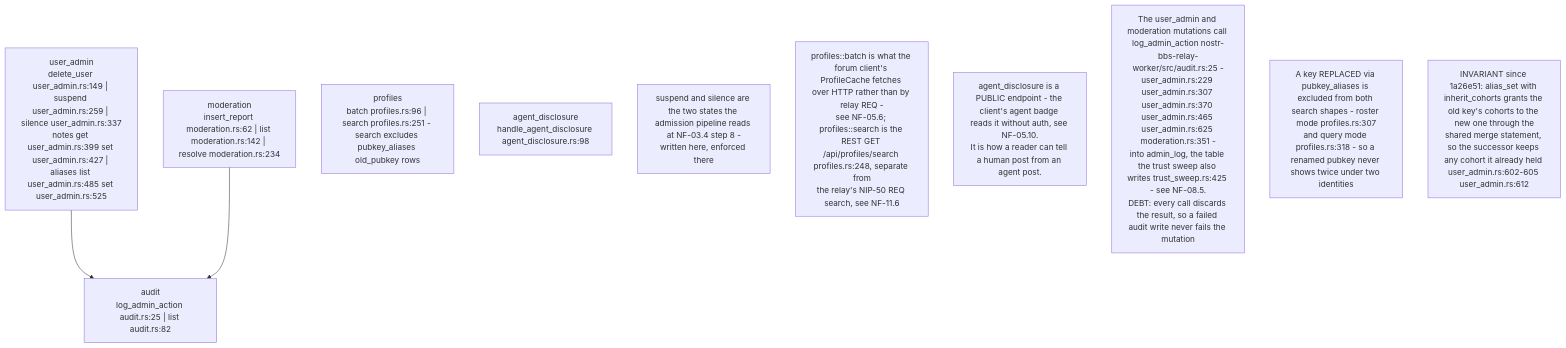
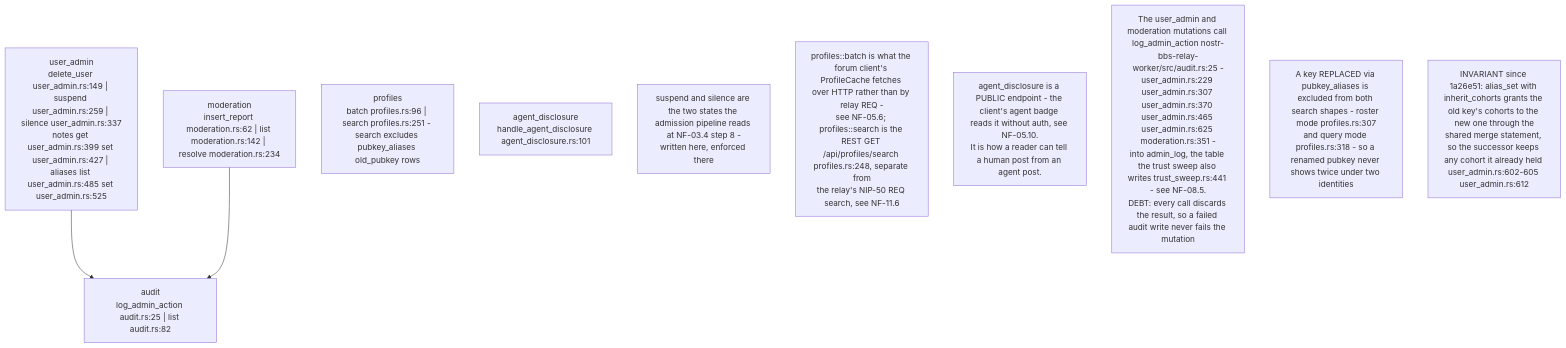
Diagram 14 of 16 in docs/diagrams/nostr-rust-forum/11-relay-durable-object-internals.md (DreamLab-AI/VisionFlow), drawn with Mermaid before and after one commit. The commit also changed other lines of this file and 59 other files, not shown here.

First line of the commit message:
docs(diagrams): re-derive and re-stamp forum, website, pod, ontomark and sealmap topics

````diff
--- a/docs/diagrams/nostr-rust-forum/11-relay-durable-object-internals.md
+++ b/docs/diagrams/nostr-rust-forum/11-relay-durable-object-internals.md
@@ -441,18 +441,18 @@
 ```mermaid
 flowchart TB
     UA["user_admin<br/>delete_user user_admin.rs:149 | suspend user_admin.rs:259 | silence user_admin.rs:337<br/>notes get user_admin.rs:399 set user_admin.rs:427 | aliases list user_admin.rs:485 set user_admin.rs:525"]
     MOD["moderation<br/>insert_report moderation.rs:62 | list moderation.rs:142 | resolve moderation.rs:234"]
     AUD["audit<br/>log_admin_action audit.rs:25 | list audit.rs:82"]
     PRO["profiles<br/>batch profiles.rs:96 | search profiles.rs:251 - search excludes pubkey_aliases old_pubkey rows"]
-    AGD["agent_disclosure<br/>handle_agent_disclosure agent_disclosure.rs:98"]
+    AGD["agent_disclosure<br/>handle_agent_disclosure agent_disclosure.rs:101"]
 
     UA --> AUD
     MOD --> AUD
 
     N1["suspend and silence are the two states the admission pipeline reads at NF-03.4 step 8 -<br/>written here, enforced there"]
     N2["profiles::batch is what the forum client's ProfileCache fetches over HTTP rather than by relay REQ -<br/>see NF-05.6; profiles::search is the REST GET /api/profiles/search profiles.rs:248, separate from<br/>the relay's NIP-50 REQ search, see NF-11.6"]
     N3["agent_disclosure is a PUBLIC endpoint - the client's agent badge reads it without auth, see NF-05.10.<br/>It is how a reader can tell a human post from an agent post."]
-    N4["The user_admin and moderation mutations call log_admin_action nostr-bbs-relay-worker/src/audit.rs:25 -<br/>user_admin.rs:229 user_admin.rs:307 user_admin.rs:370 user_admin.rs:465 user_admin.rs:625 moderation.rs:351 -<br/>into admin_log, the table the trust sweep also writes trust_sweep.rs:425 - see NF-08.5.<br/>DEBT: every call discards the result, so a failed audit write never fails the mutation"]
+    N4["The user_admin and moderation mutations call log_admin_action nostr-bbs-relay-worker/src/audit.rs:25 -<br/>user_admin.rs:229 user_admin.rs:307 user_admin.rs:370 user_admin.rs:465 user_admin.rs:625 moderation.rs:351 -<br/>into admin_log, the table the trust sweep also writes trust_sweep.rs:441 - see NF-08.5.<br/>DEBT: every call discards the result, so a failed audit write never fails the mutation"]
     N5["A key REPLACED via pubkey_aliases is excluded from both search shapes - roster mode profiles.rs:307<br/>and query mode profiles.rs:318 - so a renamed pubkey never shows twice under two identities"]
     N6["INVARIANT since 1a26e51: alias_set with inherit_cohorts grants the old key's cohorts to the new one through the<br/>shared merge statement, so the successor keeps any cohort it already held user_admin.rs:602-605 user_admin.rs:612"]
 ```
````
